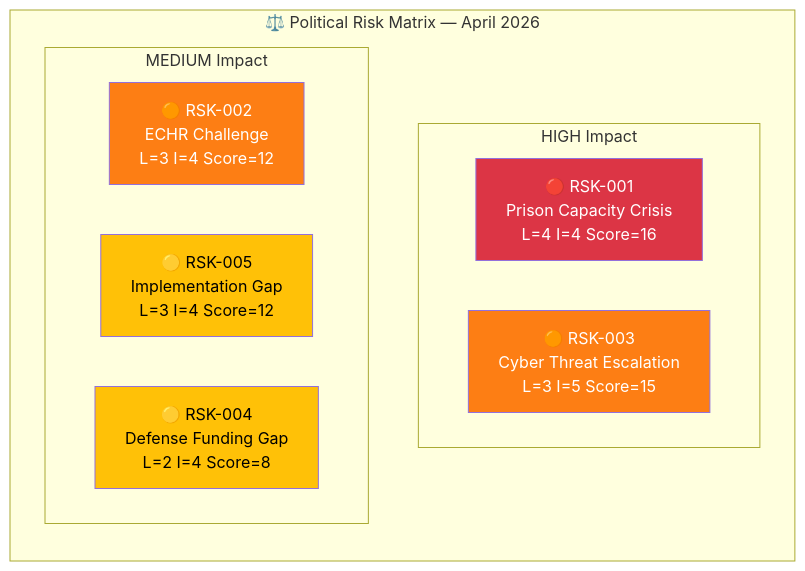
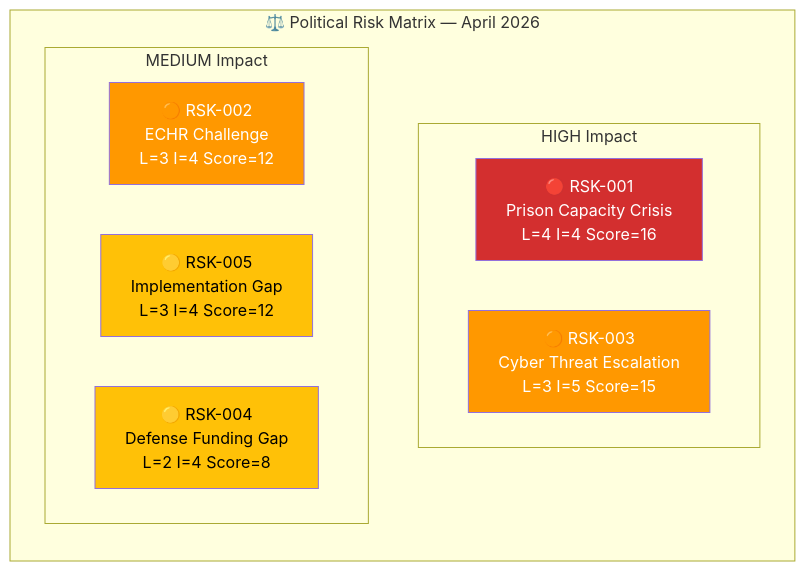
The diagram in analysis/daily/2026-04-05/realtime-1212/risk-assessment.md (Hack23/riksdagsmonitor), drawn with Mermaid before and after one commit. The commit also changed 785 other files, not shown here.

First line of the commit message:
Normalize mermaid colors across 786 analysis artifacts to ISMS Style Guide palette

````diff
--- a/analysis/daily/2026-04-05/realtime-1212/risk-assessment.md
+++ b/analysis/daily/2026-04-05/realtime-1212/risk-assessment.md
@@ -17,21 +17,21 @@
 ```mermaid
 graph TD
     subgraph "⚖️ Political Risk Matrix — April 2026"
         direction TB
         subgraph "HIGH Impact"
             R1["🔴 RSK-001<br/>Prison Capacity Crisis<br/>L=4 I=4 Score=16"]
             R3["🟠 RSK-003<br/>Cyber Threat Escalation<br/>L=3 I=5 Score=15"]
         end
         subgraph "MEDIUM Impact"
             R2["🟠 RSK-002<br/>ECHR Challenge<br/>L=3 I=4 Score=12"]
             R5["🟡 RSK-005<br/>Implementation Gap<br/>L=3 I=4 Score=12"]
             R4["🟡 RSK-004<br/>Defense Funding Gap<br/>L=2 I=4 Score=8"]
         end
     end
 
-    style R1 fill:#dc3545,color:#fff
-    style R3 fill:#fd7e14,color:#fff
-    style R2 fill:#fd7e14,color:#fff
-    style R5 fill:#ffc107,color:#000
-    style R4 fill:#ffc107,color:#000
+    style R1 fill:#D32F2F,color:#FFFFFF
+    style R3 fill:#FF9800,color:#FFFFFF
+    style R2 fill:#FF9800,color:#FFFFFF
+    style R5 fill:#FFC107,color:#000000
+    style R4 fill:#FFC107,color:#000000
 ```
````
